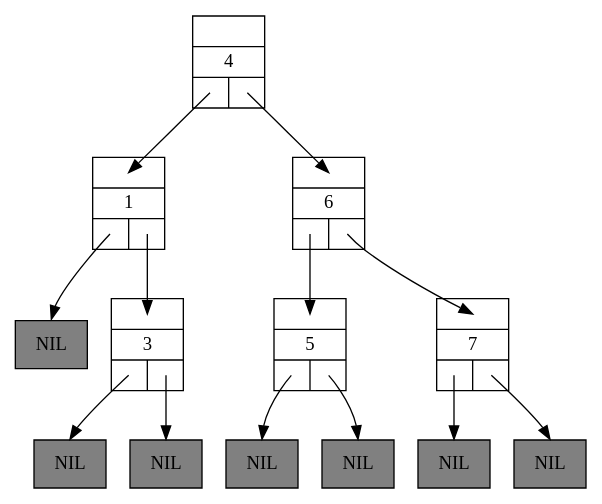
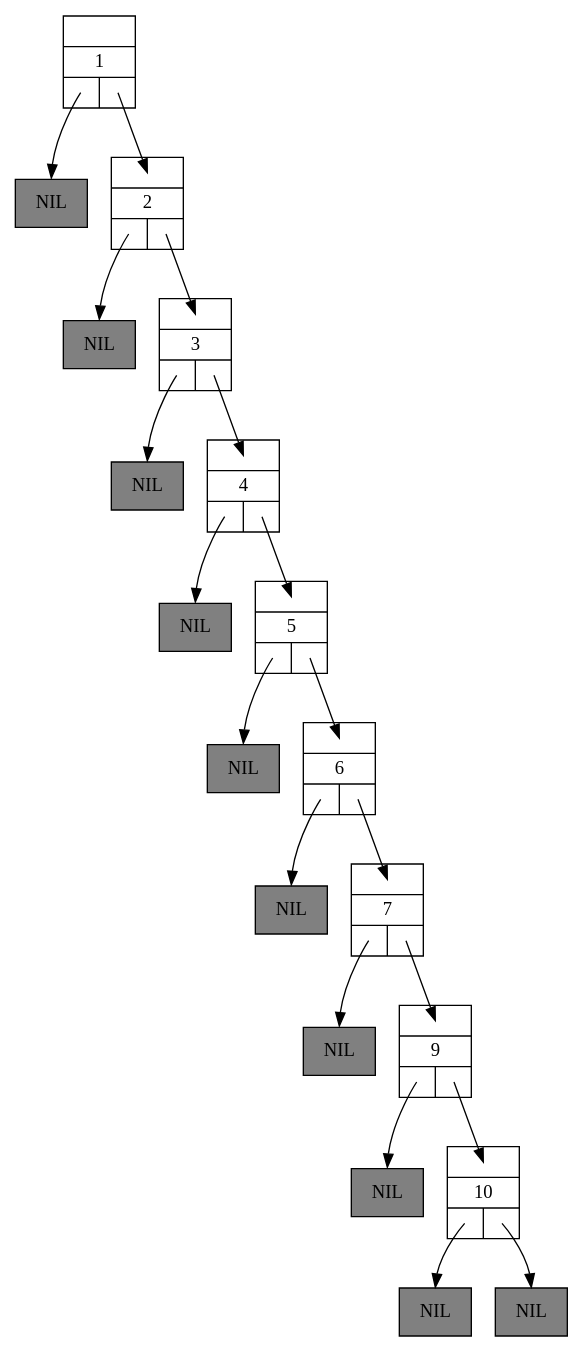
One commit to Bjornieee/Algo3_TP5 changed the diagram in cmake-build-debug/Tree-1.dot. Above: the diagram before and after it, drawn with Graphviz. The commit also changed 58 other files, not shown here.

```diff
--- a/cmake-build-debug/Tree-1.dot
+++ b/cmake-build-debug/Tree-1.dot
@@ -1,31 +1,43 @@
 digraph BinarySearchTree0 {
 	graph [ranksep=0.5];
 	node [shape = record];
 
 	n1 [label="{{<parent>}|1|{<left>|<right>}}"];
 	lnil1 [style=filled, fillcolor=grey, label="NIL"];
 	n1:left:c -> lnil1:n [headclip=false, tailclip=false]
-	n1:right:c -> n3:parent:c [headclip=false, tailclip=false]
+	n1:right:c -> n2:parent:c [headclip=false, tailclip=false]
+	n2 [label="{{<parent>}|2|{<left>|<right>}}"];
+	lnil2 [style=filled, fillcolor=grey, label="NIL"];
+	n2:left:c -> lnil2:n [headclip=false, tailclip=false]
+	n2:right:c -> n3:parent:c [headclip=false, tailclip=false]
 	n3 [label="{{<parent>}|3|{<left>|<right>}}"];
 	lnil3 [style=filled, fillcolor=grey, label="NIL"];
 	n3:left:c -> lnil3:n [headclip=false, tailclip=false]
-	rnil3 [style=filled, fillcolor=grey, label="NIL"];
-	n3:right:c -> rnil3:n [headclip=false, tailclip=false]
+	n3:right:c -> n4:parent:c [headclip=false, tailclip=false]
 	n4 [label="{{<parent>}|4|{<left>|<right>}}"];
-	n4:left:c -> n1:parent:c [headclip=false, tailclip=false]
-	n4:right:c -> n6:parent:c [headclip=false, tailclip=false]
+	lnil4 [style=filled, fillcolor=grey, label="NIL"];
+	n4:left:c -> lnil4:n [headclip=false, tailclip=false]
+	n4:right:c -> n5:parent:c [headclip=false, tailclip=false]
 	n5 [label="{{<parent>}|5|{<left>|<right>}}"];
 	lnil5 [style=filled, fillcolor=grey, label="NIL"];
 	n5:left:c -> lnil5:n [headclip=false, tailclip=false]
-	rnil5 [style=filled, fillcolor=grey, label="NIL"];
-	n5:right:c -> rnil5:n [headclip=false, tailclip=false]
+	n5:right:c -> n6:parent:c [headclip=false, tailclip=false]
 	n6 [label="{{<parent>}|6|{<left>|<right>}}"];
-	n6:left:c -> n5:parent:c [headclip=false, tailclip=false]
+	lnil6 [style=filled, fillcolor=grey, label="NIL"];
+	n6:left:c -> lnil6:n [headclip=false, tailclip=false]
 	n6:right:c -> n7:parent:c [headclip=false, tailclip=false]
 	n7 [label="{{<parent>}|7|{<left>|<right>}}"];
 	lnil7 [style=filled, fillcolor=grey, label="NIL"];
 	n7:left:c -> lnil7:n [headclip=false, tailclip=false]
-	rnil7 [style=filled, fillcolor=grey, label="NIL"];
-	n7:right:c -> rnil7:n [headclip=false, tailclip=false]
+	n7:right:c -> n9:parent:c [headclip=false, tailclip=false]
+	n9 [label="{{<parent>}|9|{<left>|<right>}}"];
+	lnil9 [style=filled, fillcolor=grey, label="NIL"];
+	n9:left:c -> lnil9:n [headclip=false, tailclip=false]
+	n9:right:c -> n10:parent:c [headclip=false, tailclip=false]
+	n10 [label="{{<parent>}|10|{<left>|<right>}}"];
+	lnil10 [style=filled, fillcolor=grey, label="NIL"];
+	n10:left:c -> lnil10:n [headclip=false, tailclip=false]
+	rnil10 [style=filled, fillcolor=grey, label="NIL"];
+	n10:right:c -> rnil10:n [headclip=false, tailclip=false]
 
 }
```
